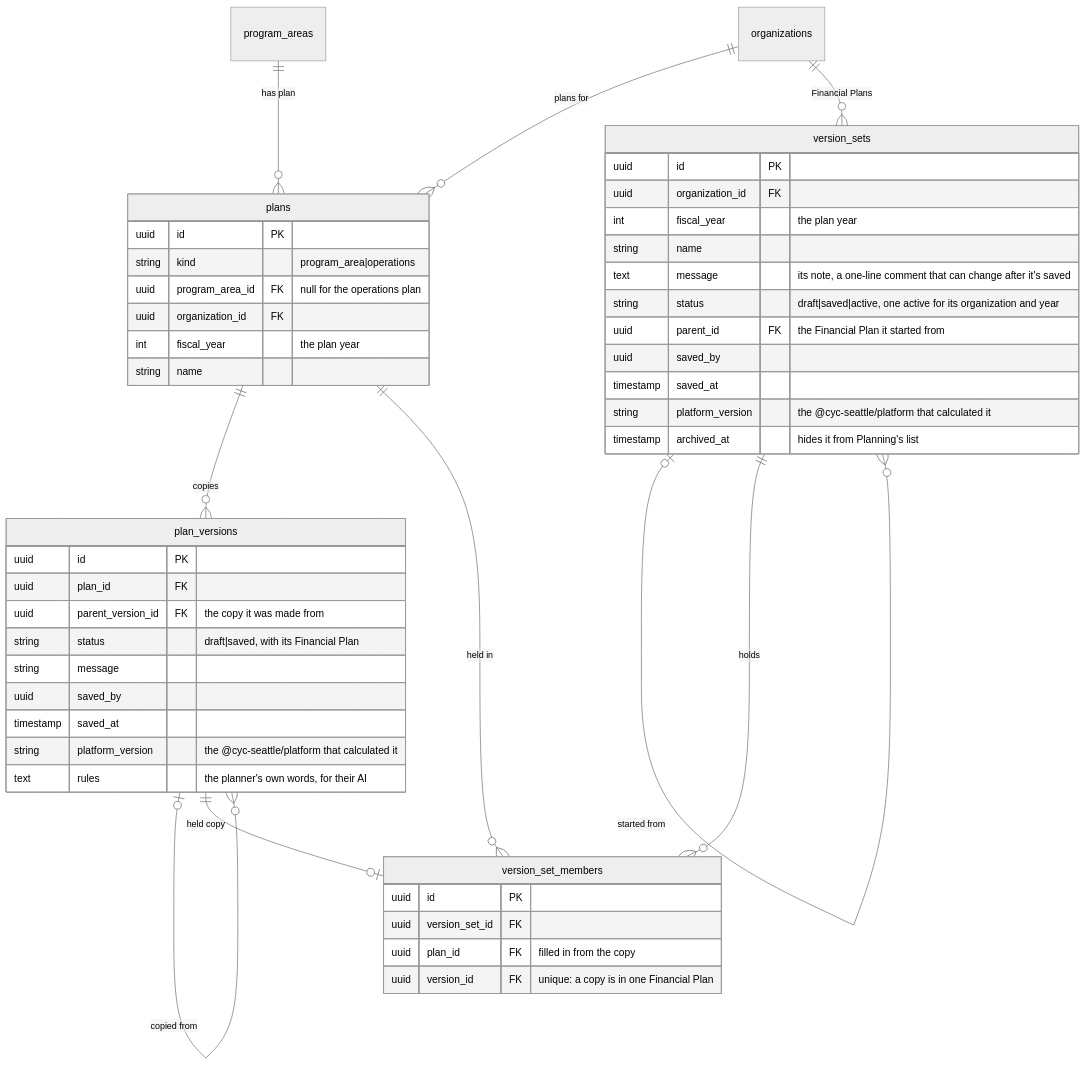
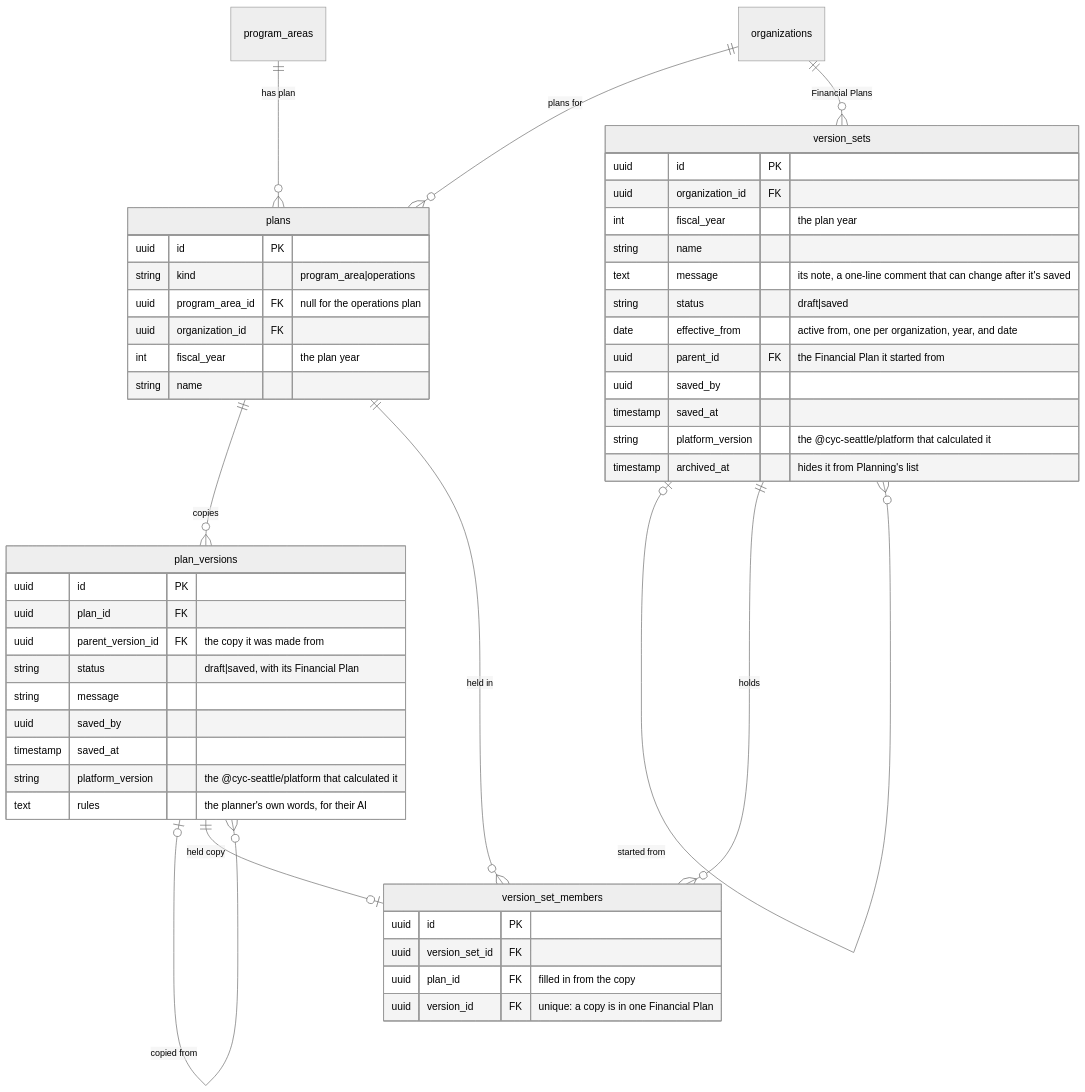
Before and after one commit to cyc-seattle/platform: the third of 7 diagrams in docs/planning-schema.md, drawn with Mermaid (neutral theme). The commit also changed other lines of this file and 25 other files, not shown here.

First line of the commit message:
feat(planning)!: a plan is active from a date, the finance committee approves, and directors plan programs

````diff
--- a/docs/planning-schema.md
+++ b/docs/planning-schema.md
@@ -171,51 +171,52 @@
 ```mermaid
 erDiagram
     program_areas ||--o{ plans : "has plan"
     organizations ||--o{ plans : "plans for"
     plans ||--o{ plan_versions : copies
     plan_versions |o--o{ plan_versions : "copied from"
     organizations ||--o{ version_sets : "Financial Plans"
     version_sets |o--o{ version_sets : "started from"
     version_sets ||--o{ version_set_members : holds
     plans ||--o{ version_set_members : "held in"
     plan_versions ||--o| version_set_members : "held copy"
 
     plans {
         uuid id PK
         string kind "program_area|operations"
         uuid program_area_id FK "null for the operations plan"
         uuid organization_id FK
         int fiscal_year "the plan year"
         string name
     }
     plan_versions {
         uuid id PK
         uuid plan_id FK
         uuid parent_version_id FK "the copy it was made from"
         string status "draft|saved, with its Financial Plan"
         string message
         uuid saved_by
         timestamp saved_at
         string platform_version "the @cyc-seattle/platform that calculated it"
         text rules "the planner's own words, for their AI"
     }
     version_sets {
         uuid id PK
         uuid organization_id FK
         int fiscal_year "the plan year"
         string name
         text message "its note, a one-line comment that can change after it's saved"
-        string status "draft|saved|active, one active for its organization and year"
+        string status "draft|saved"
+        date effective_from "active from, one per organization, year, and date"
         uuid parent_id FK "the Financial Plan it started from"
         uuid saved_by
         timestamp saved_at
         string platform_version "the @cyc-seattle/platform that calculated it"
         timestamp archived_at "hides it from Planning's list"
     }
     version_set_members {
         uuid id PK
         uuid version_set_id FK
         uuid plan_id FK "filled in from the copy"
         uuid version_id FK "unique: a copy is in one Financial Plan"
     }
 ```
````
